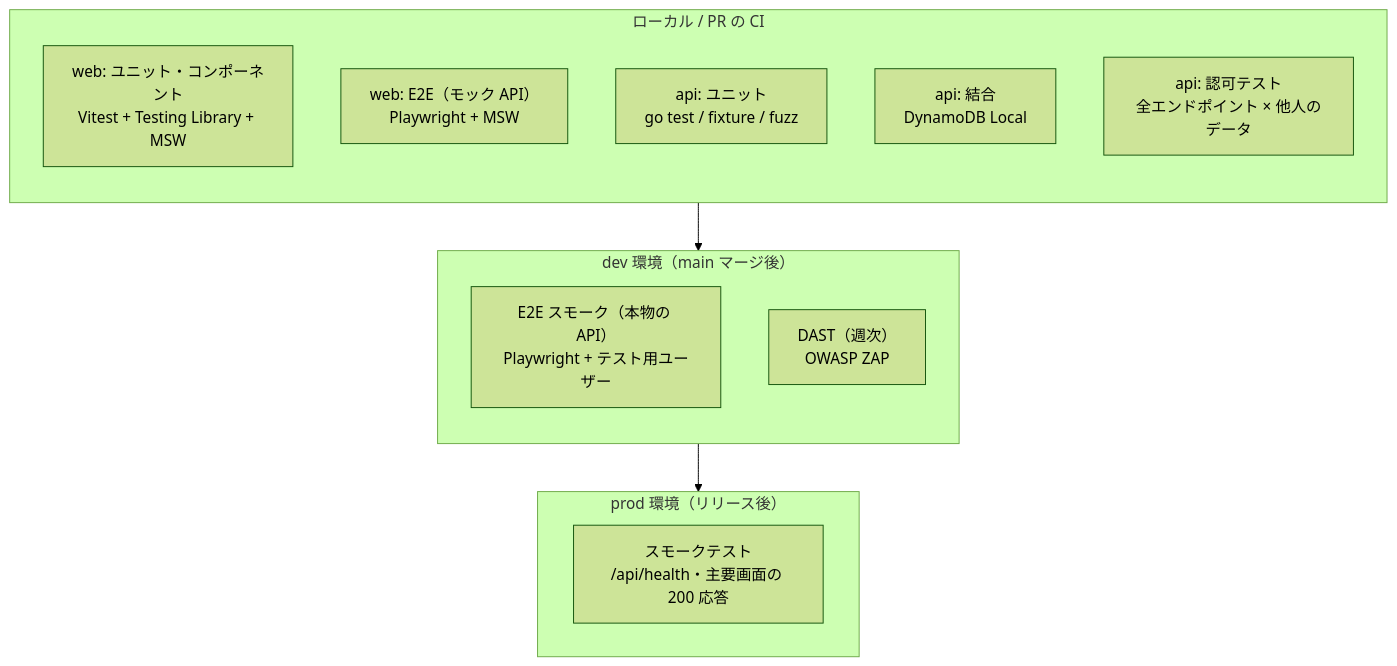
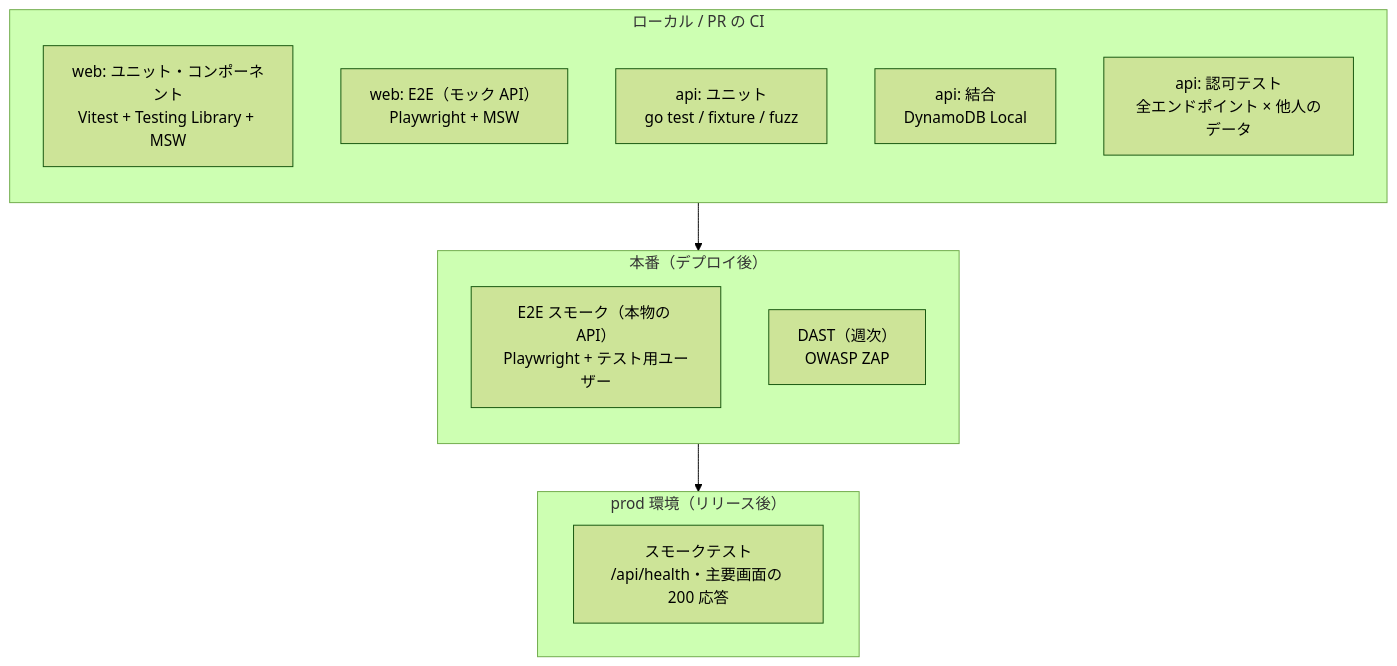
One commit to masuzuki1028/saigai-portal changed the first of 2 diagrams in docs/08_test_strategy.md. Above: the diagram before and after it, drawn with Mermaid (forest theme). The commit also changed other lines of this file and 20 other files, not shown here.

````diff
--- a/docs/08_test_strategy.md
+++ b/docs/08_test_strategy.md
@@ -22,23 +22,23 @@
 ```mermaid
 flowchart TB
   subgraph Local[ローカル / PR の CI]
     direction TB
     FU[web: ユニット・コンポーネント<br/>Vitest + Testing Library + MSW]
     FE[web: E2E（モック API）<br/>Playwright + MSW]
     GU[api: ユニット<br/>go test / fixture / fuzz]
     GI[api: 結合<br/>DynamoDB Local]
     AZ[api: 認可テスト<br/>全エンドポイント × 他人のデータ]
   end
 
-  subgraph Dev[dev 環境（main マージ後）]
+  subgraph Dev[本番（デプロイ後）]
     direction TB
     DE[E2E スモーク（本物の API）<br/>Playwright + テスト用ユーザー]
     DZ[DAST（週次）<br/>OWASP ZAP]
   end
 
   subgraph Prod[prod 環境（リリース後）]
     PS[スモークテスト<br/>/api/health・主要画面の 200 応答]
   end
 
   Local --> Dev --> Prod
 ```
````
